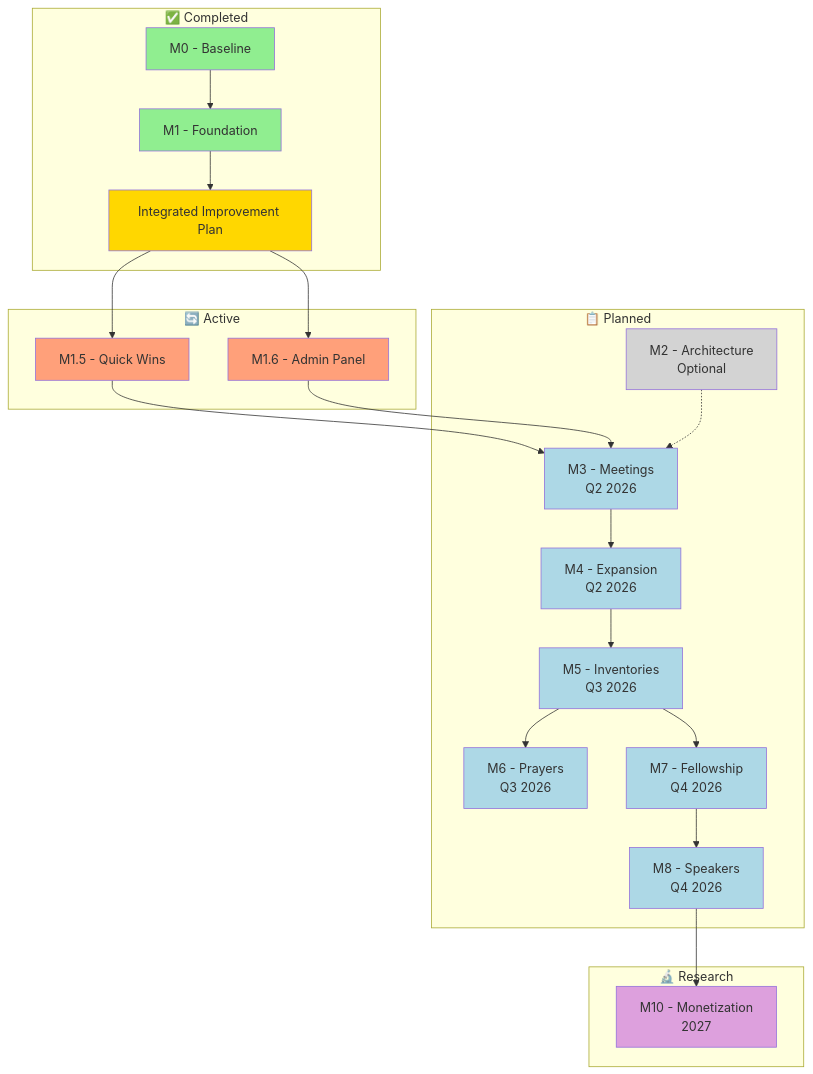
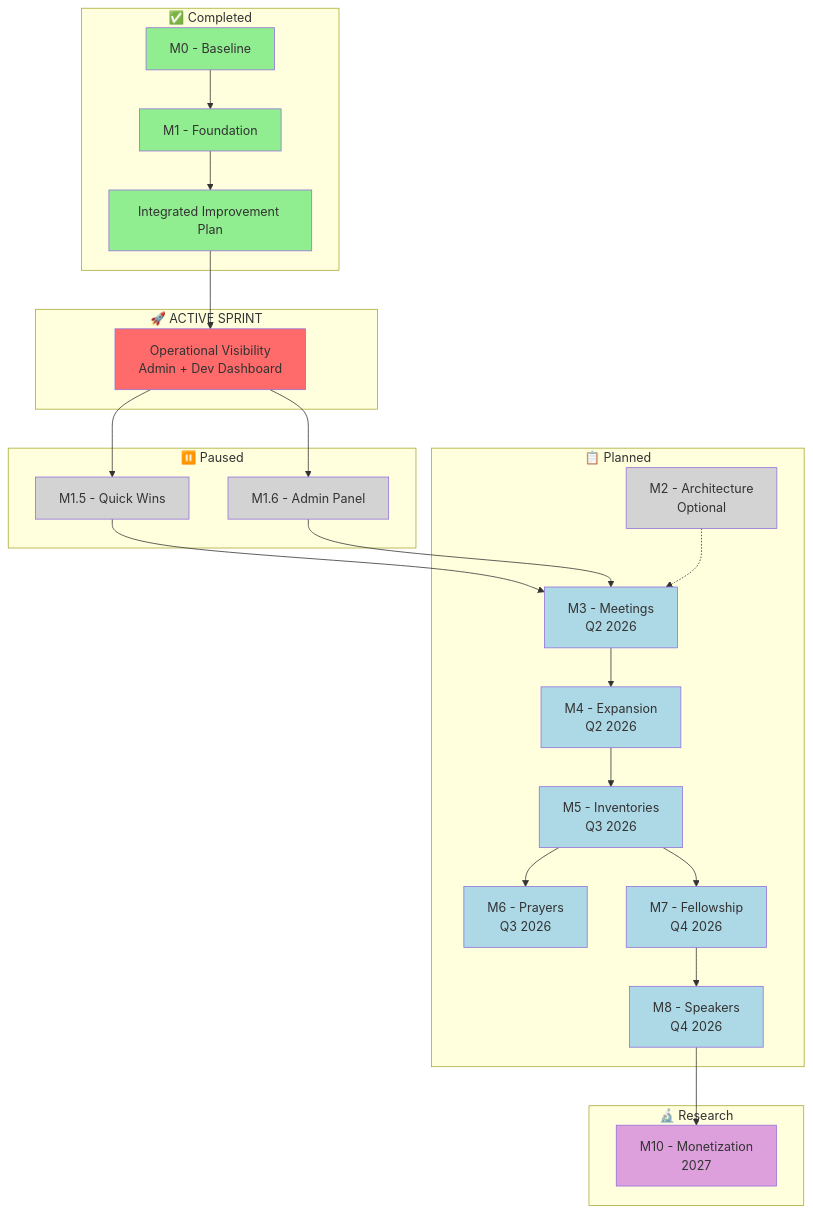
The diagram in ROADMAP.md (jasonmichaelbell78-creator/sonash-v0), drawn with Mermaid before and after one commit. The commit also changed other lines of this file and 2 other files, not shown here.

First line of the commit message:
docs: create Operational Visibility Sprint as active P0 focus

````diff
--- a/ROADMAP.md
+++ b/ROADMAP.md
@@ -83,55 +84,61 @@
 ```mermaid
 flowchart TD
     subgraph Completed["✅ Completed"]
         M0[M0 - Baseline]
         M1[M1 - Foundation]
         DOC[Integrated Improvement Plan]
     end
 
-    subgraph Active["🔄 Active"]
+    subgraph Active["🚀 ACTIVE SPRINT"]
+        OVS[Operational Visibility\nAdmin + Dev Dashboard]
+    end
+
+    subgraph Paused["⏸️ Paused"]
         M15[M1.5 - Quick Wins]
         M16[M1.6 - Admin Panel]
     end
 
     subgraph Future["📋 Planned"]
         M2[M2 - Architecture\nOptional]
         M3[M3 - Meetings\nQ2 2026]
         M4[M4 - Expansion\nQ2 2026]
         M5[M5 - Inventories\nQ3 2026]
         M6[M6 - Prayers\nQ3 2026]
         M7[M7 - Fellowship\nQ4 2026]
         M8[M8 - Speakers\nQ4 2026]
     end
 
     subgraph Research["🔬 Research"]
         M10[M10 - Monetization\n2027]
     end
 
     M0 --> M1
     M1 --> DOC
-    DOC --> M15
-    DOC --> M16
+    DOC --> OVS
+    OVS --> M15
+    OVS --> M16
     M15 --> M3
     M16 --> M3
     M2 -.-> M3
     M3 --> M4
     M4 --> M5
     M5 --> M6
     M5 --> M7
     M7 --> M8
     M8 --> M10
 
     style M0 fill:#90EE90
     style M1 fill:#90EE90
-    style DOC fill:#FFD700
-    style M15 fill:#FFA07A
-    style M16 fill:#FFA07A
+    style DOC fill:#90EE90
+    style OVS fill:#FF6B6B
+    style M15 fill:#D3D3D3
+    style M16 fill:#D3D3D3
     style M2 fill:#D3D3D3
     style M3 fill:#ADD8E6
     style M4 fill:#ADD8E6
     style M5 fill:#ADD8E6
     style M6 fill:#ADD8E6
     style M7 fill:#ADD8E6
     style M8 fill:#ADD8E6
     style M10 fill:#DDA0DD
 ```
````
